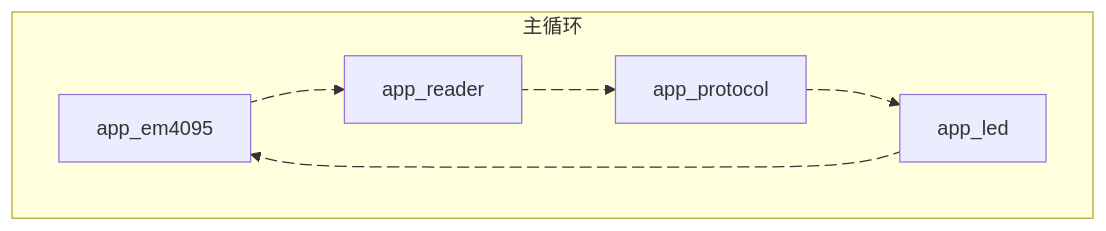
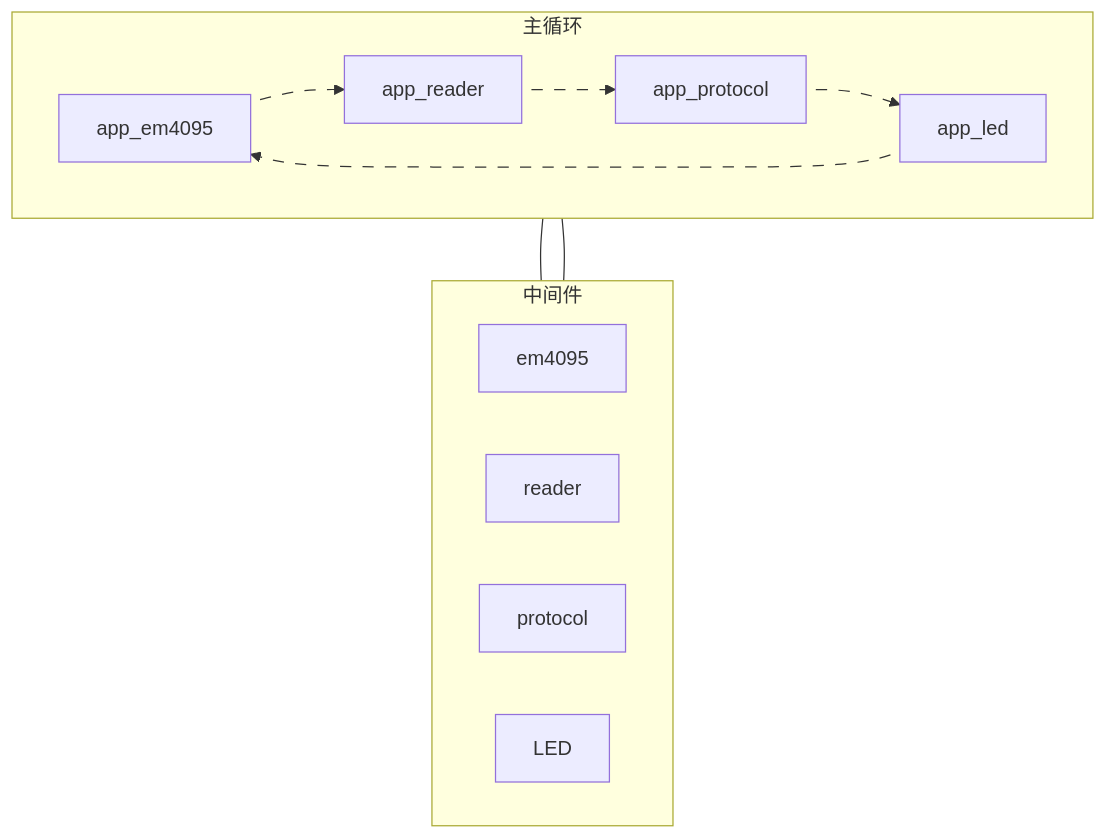
The second of 11 diagrams in 工作/SR3读卡器/260802SR3读卡器架构.md (Siaiai/ObsidianNote), drawn with Mermaid before and after one commit. The commit also changed 1 other file, not shown here.

Commit message:
[自动]笔记同步:2026-08-03 15:04:12 涉及文件个数:2
Affected files:
.obsidian/workspace.json
工作/SR3读卡器/260802SR3读卡器架构.md

````diff
--- a/工作/SR3读卡器/260802SR3读卡器架构.md
+++ b/工作/SR3读卡器/260802SR3读卡器架构.md
@@ -99,19 +99,29 @@
 ```mermaid
-flowchart TD
+flowchart TB
 	subgraph MAIN["主循环"]
 		direction LR
 		APP_EM4095["app_em4095"]
 		APP_READER["app_reader"]
 		APP_PROTOCOL["app_protocol"]
 		APP_LED["app_led"]
 		APP_EM4095 e1@--> APP_READER
 		APP_READER e2@--> APP_PROTOCOL
 		APP_PROTOCOL e3@--> APP_LED
 		APP_LED e4@--> APP_EM4095
-		e1@{ animate: fast }
-		e2@{ animate: fast }
-		e3@{ animate: fast }
-		e4@{ animate: fast }
+		classDef animate stroke-dasharray: 9,5,stroke-dashoffset: 10000,animation: dash 25s linear infinite; 
+		class e1 animate
+		class e2 animate
+		class e3 animate
+		class e4 animate
 	end
-	
+	subgraph MID["中间件"]
+		direction LR
+		MID_EM4095["em4095"]
+		MID_READER["reader"]
+		MID_PROTOCOL["protocol"]
+		MID_LED["LED"]
+		APP_EM4095 --- MID_EM4095
+		APP_READER --- MID_READER
+		
+	end
 ```
````
